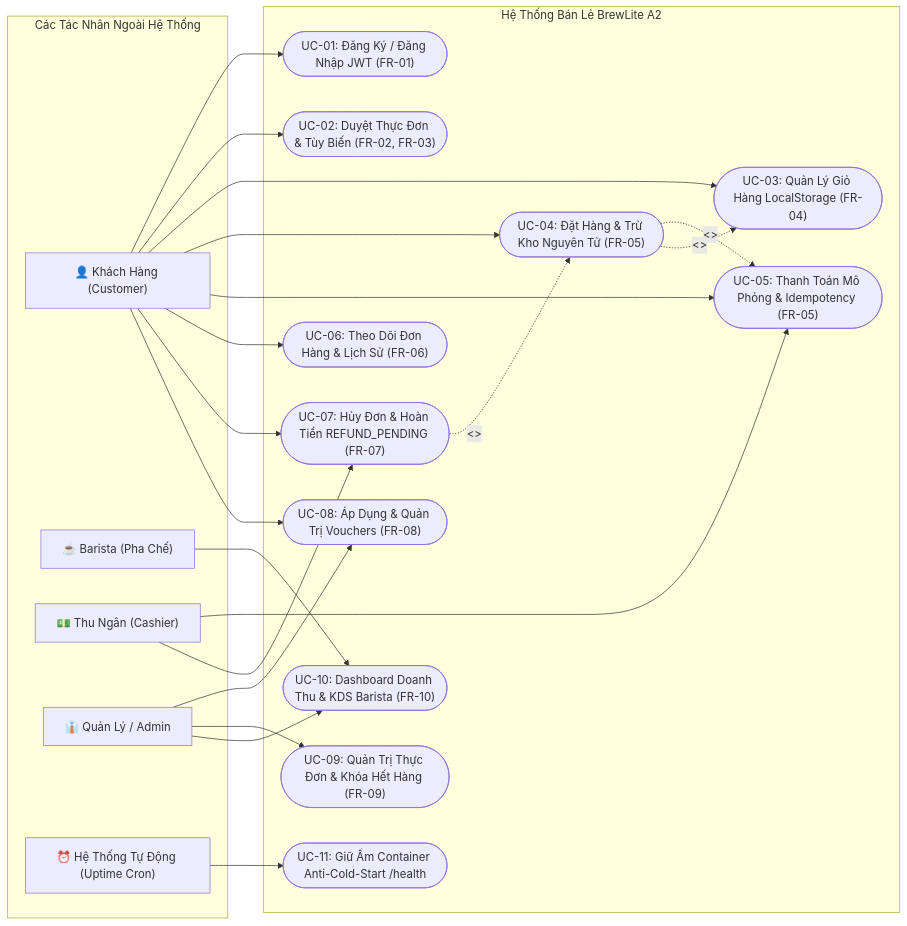
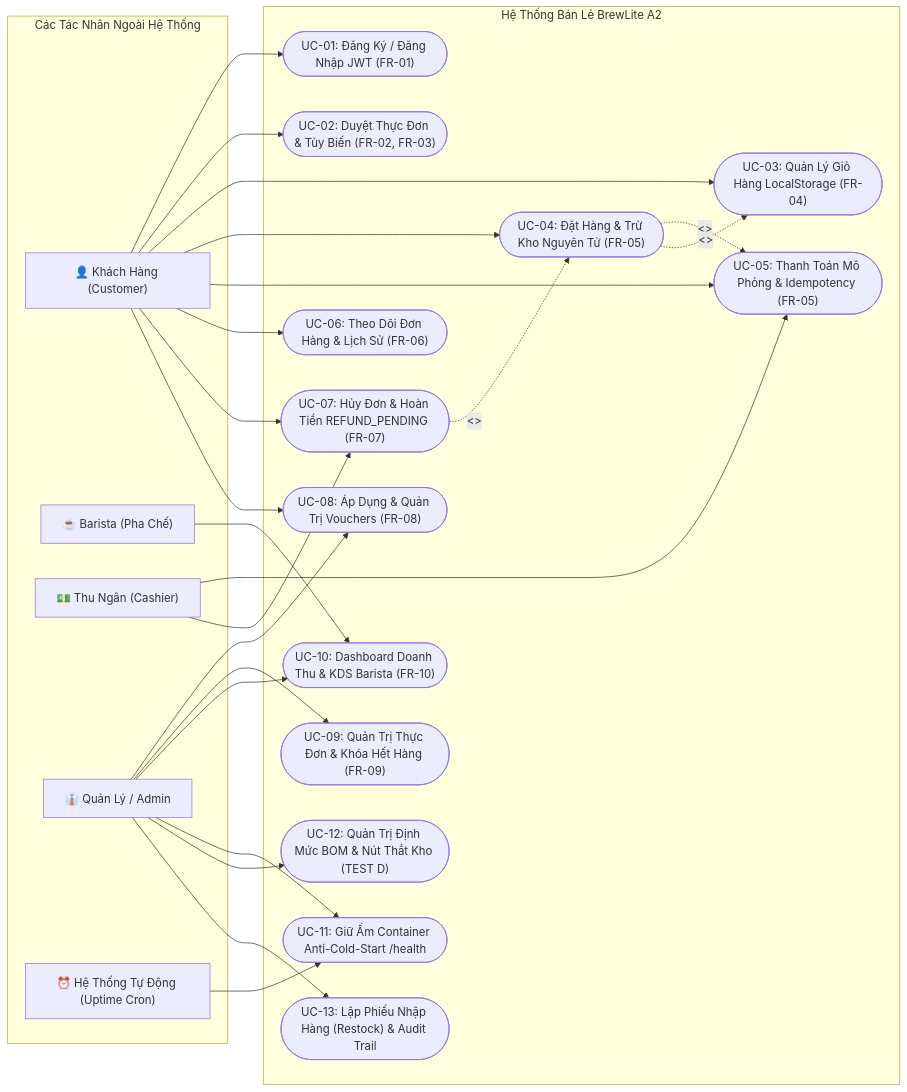
One commit to Gtvkun-ai/brewlite-a2 changed the first of 6 diagrams in docs/master-defense-report-a-to-z.md. Above: the diagram before and after it, drawn with Mermaid. The commit also changed other lines of this file and 6 other files, not shown here.

Commit message:
docs(diagrams): synchronize UML class, sequence, use-case, activity and traceability with persistent BOM inventory

````diff
--- a/docs/master-defense-report-a-to-z.md
+++ b/docs/master-defense-report-a-to-z.md
@@ -76,47 +76,52 @@
 ```mermaid
 flowchart LR
     subgraph ACTORS [Các Tác Nhân Ngoài Hệ Thống]
         CUST["👤 Khách Hàng (Customer)"]
         BARI["☕ Barista (Pha Chế)"]
         CASH["💵 Thu Ngân (Cashier)"]
         MGR["👔 Quản Lý / Admin"]
         CRON["⏰ Hệ Thống Tự Động (Uptime Cron)"]
     end
 
     subgraph SYSTEM_BOUNDARY [Hệ Thống Bán Lẻ BrewLite A2]
         UC01(["UC-01: Đăng Ký / Đăng Nhập JWT (FR-01)"])
         UC02(["UC-02: Duyệt Thực Đơn & Tùy Biến (FR-02, FR-03)"])
         UC03(["UC-03: Quản Lý Giỏ Hàng LocalStorage (FR-04)"])
         UC04(["UC-04: Đặt Hàng & Trừ Kho Nguyên Tử (FR-05)"])
         UC05(["UC-05: Thanh Toán Mô Phỏng & Idempotency (FR-05)"])
         UC06(["UC-06: Theo Dõi Đơn Hàng & Lịch Sử (FR-06)"])
         UC07(["UC-07: Hủy Đơn & Hoàn Tiền REFUND_PENDING (FR-07)"])
         UC08(["UC-08: Áp Dụng & Quản Trị Vouchers (FR-08)"])
         UC09(["UC-09: Quản Trị Thực Đơn & Khóa Hết Hàng (FR-09)"])
         UC10(["UC-10: Dashboard Doanh Thu & KDS Barista (FR-10)"])
         UC11(["UC-11: Giữ Ấm Container Anti-Cold-Start /health"])
+        UC12(["UC-12: Quản Trị Định Mức BOM & Nút Thắt Kho (TEST D)"])
+        UC13(["UC-13: Lập Phiếu Nhập Hàng (Restock) & Audit Trail"])
     end
 
     CUST --> UC01
     CUST --> UC02
     CUST --> UC03
     CUST --> UC04
     CUST --> UC05
     CUST --> UC06
     CUST --> UC07
     CUST --> UC08
 
     BARI --> UC10
     CASH --> UC05
     CASH --> UC07
 
     MGR --> UC08
     MGR --> UC09
     MGR --> UC10
+    MGR --> UC11
+    MGR --> UC12
+    MGR --> UC13
 
     CRON --> UC11
 
     UC04 -.->|"<<include>>"| UC05
     UC04 -.->|"<<include>>"| UC03
     UC07 -.->|"<<extend>>"| UC04
 ```
````
